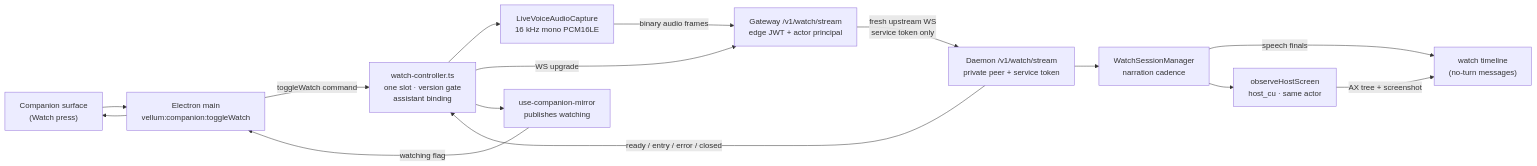
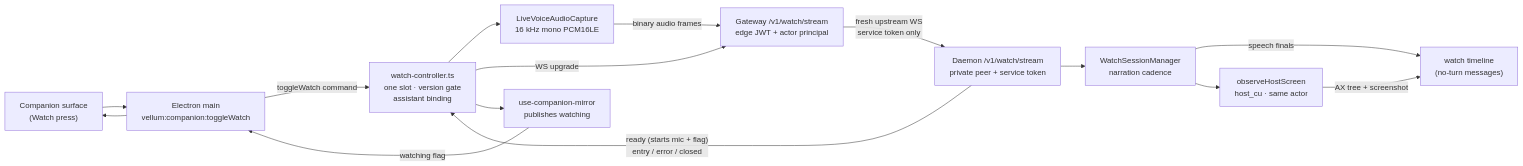
The third of 3 diagrams in ARCHITECTURE.md (vellum-ai/vellum-assistant), drawn with Mermaid before and after one commit. The commit also changed other lines of this file and 2 other files, not shown here.

Commit message:
fix(web): flip watching on the runtime ready frame, not the local accept
The gateway accepts the downstream upgrade before it dials the runtime, so a
local open proves only that a proxy answered. Setting the flag there showed a
capture indicator for a session that never started whenever the upstream
stalled or failed.

The runtime's ready frame now starts both the flag and the microphone. The
microphone moves with it deliberately: gating only the flag would open the mic
while the surface showed nothing, which is the same failure with the signs
swapped.

A bounded wait covers a gateway that accepts and never hears back. A close, an
error, or that timeout before ready is a failed start rather than a stopped
session: it tears down and the flag never moves. Teardown publishes false only
when there was a claim to give up. The session is registered while pending, so
the stop edge still reaches it and stays synchronous.

````diff
--- a/ARCHITECTURE.md
+++ b/ARCHITECTURE.md
@@ -719,28 +721,28 @@
 ```mermaid
 graph LR
     SURFACE["Companion surface<br/>(Watch press)"]
     MAIN["Electron main<br/>vellum:companion:toggleWatch"]
     CTRL["watch-controller.ts<br/>one slot · version gate<br/>assistant binding"]
     MIC["LiveVoiceAudioCapture<br/>16 kHz mono PCM16LE"]
     GW["Gateway /v1/watch/stream<br/>edge JWT + actor principal"]
     RT["Daemon /v1/watch/stream<br/>private peer + service token"]
     MGR["WatchSessionManager<br/>narration cadence"]
     OBS["observeHostScreen<br/>host_cu · same actor"]
     TL["watch timeline<br/>(no-turn messages)"]
     MIRROR["use-companion-mirror<br/>publishes watching"]
 
     SURFACE --> MAIN
     MAIN -->|"toggleWatch command"| CTRL
     CTRL --> MIC
     MIC -->|"binary audio frames"| GW
     CTRL -->|"WS upgrade"| GW
     GW -->|"fresh upstream WS<br/>service token only"| RT
     RT --> MGR
     MGR -->|"speech finals"| TL
     MGR --> OBS
     OBS -->|"AX tree + screenshot"| TL
-    RT -->|"ready / entry / error / closed"| CTRL
+    RT -->|"ready (starts mic + flag)<br/>entry / error / closed"| CTRL
     CTRL --> MIRROR
     MIRROR -->|"watching flag"| MAIN
     MAIN --> SURFACE
 ```
````
